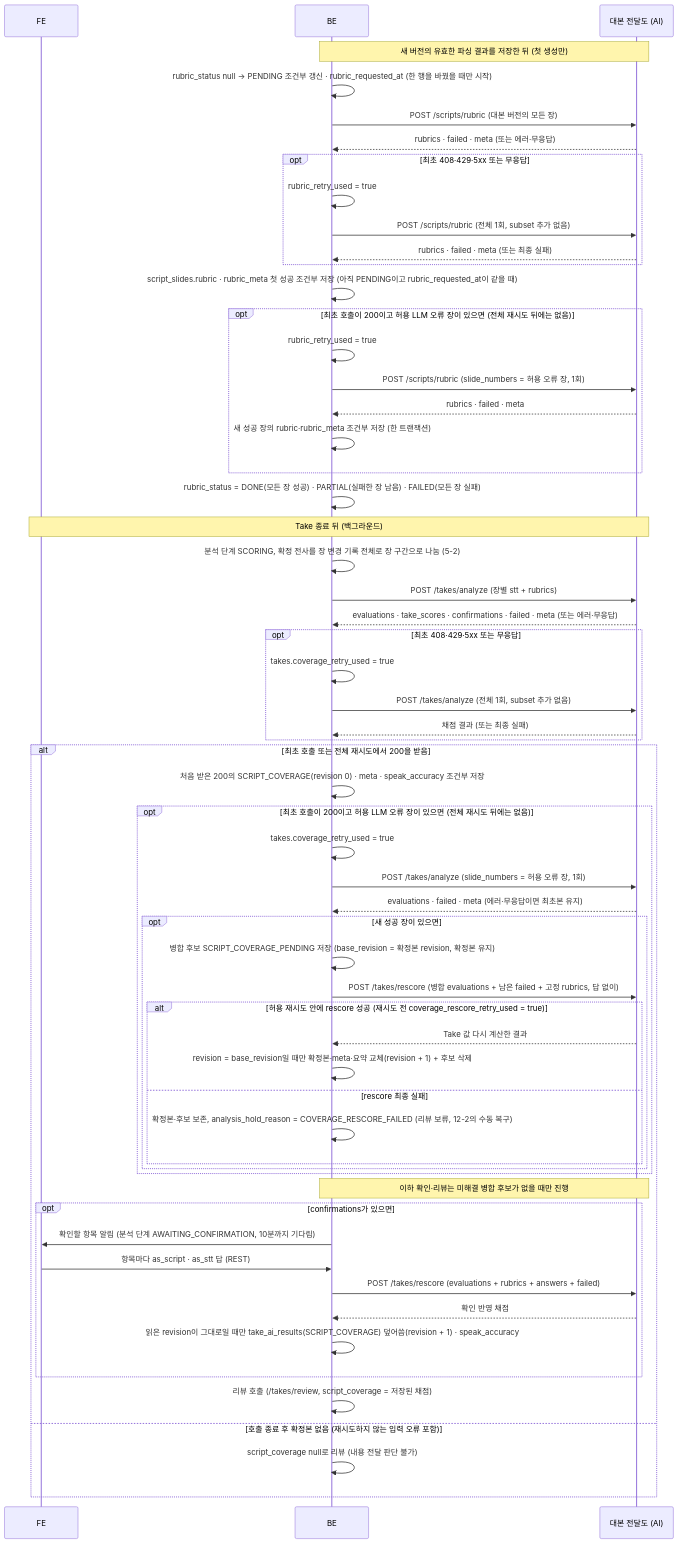
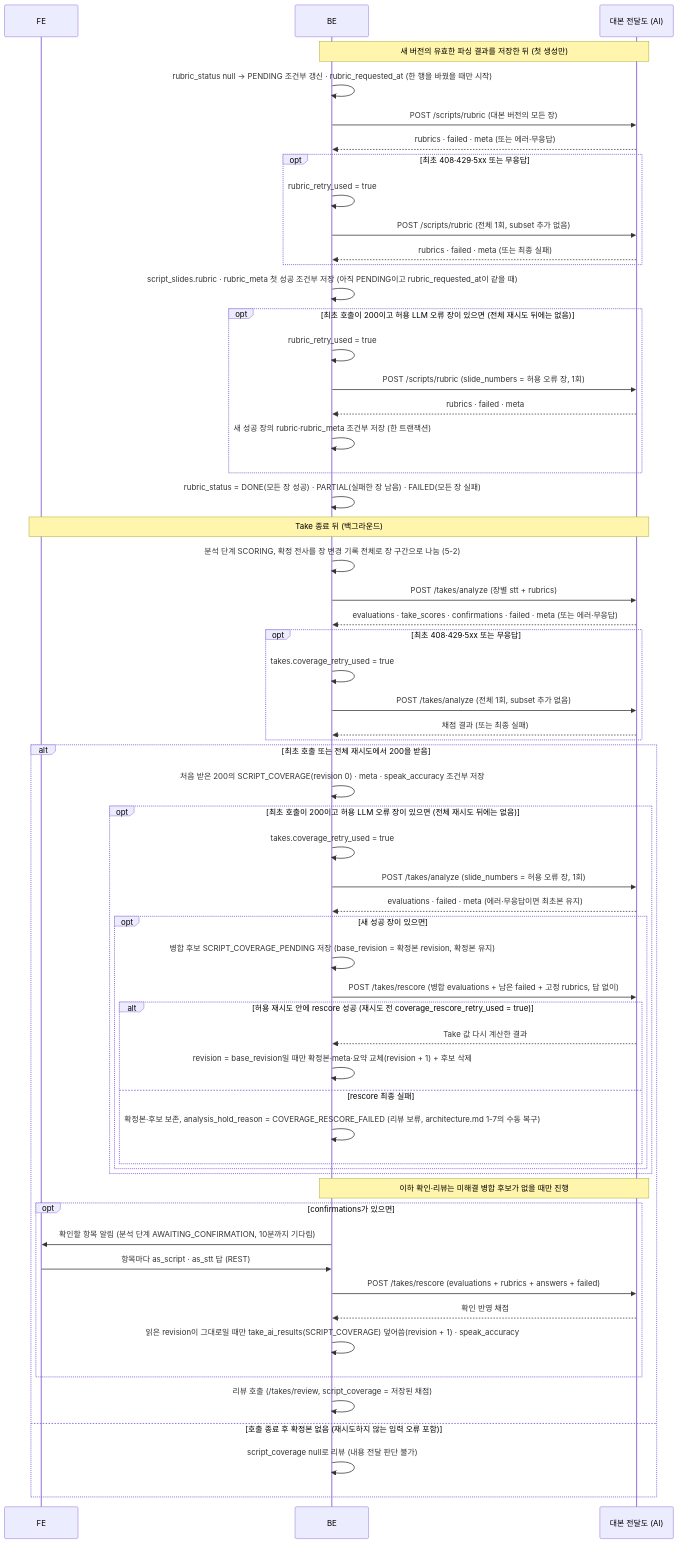
One commit to kakaotechcampus-4/ktc4-pusan-2 changed the second of 2 diagrams in docs/ai/features/script-coverage-evaluation.md. Above: the diagram before and after it, drawn with Mermaid. The commit also changed other lines of this file and 4 other files, not shown here.

````diff
--- a/docs/ai/features/script-coverage-evaluation.md
+++ b/docs/ai/features/script-coverage-evaluation.md
@@ -614,61 +614,61 @@
 ```mermaid
 sequenceDiagram
     participant FE
     participant BE
     participant A as 대본 전달도 (AI)
     Note over BE,A: 새 버전의 유효한 파싱 결과를 저장한 뒤 (첫 생성만)
     BE->>BE: rubric_status null → PENDING 조건부 갱신 · rubric_requested_at (한 행을 바꿨을 때만 시작)
     BE->>A: POST /scripts/rubric (대본 버전의 모든 장)
     A-->>BE: rubrics · failed · meta (또는 에러·무응답)
     opt 최초 408·429·5xx 또는 무응답
         BE->>BE: rubric_retry_used = true
         BE->>A: POST /scripts/rubric (전체 1회, subset 추가 없음)
         A-->>BE: rubrics · failed · meta (또는 최종 실패)
     end
     BE->>BE: script_slides.rubric · rubric_meta 첫 성공 조건부 저장 (아직 PENDING이고 rubric_requested_at이 같을 때)
     opt 최초 호출이 200이고 허용 LLM 오류 장이 있으면 (전체 재시도 뒤에는 없음)
         BE->>BE: rubric_retry_used = true
         BE->>A: POST /scripts/rubric (slide_numbers = 허용 오류 장, 1회)
         A-->>BE: rubrics · failed · meta
         BE->>BE: 새 성공 장의 rubric·rubric_meta 조건부 저장 (한 트랜잭션)
     end
     BE->>BE: rubric_status = DONE(모든 장 성공) · PARTIAL(실패한 장 남음) · FAILED(모든 장 실패)
     Note over FE,A: Take 종료 뒤 (백그라운드)
     BE->>BE: 분석 단계 SCORING, 확정 전사를 장 변경 기록 전체로 장 구간으로 나눔 (5-2)
     BE->>A: POST /takes/analyze (장별 stt + rubrics)
     A-->>BE: evaluations · take_scores · confirmations · failed · meta (또는 에러·무응답)
     opt 최초 408·429·5xx 또는 무응답
         BE->>BE: takes.coverage_retry_used = true
         BE->>A: POST /takes/analyze (전체 1회, subset 추가 없음)
         A-->>BE: 채점 결과 (또는 최종 실패)
     end
     alt 최초 호출 또는 전체 재시도에서 200을 받음
     BE->>BE: 처음 받은 200의 SCRIPT_COVERAGE(revision 0) · meta · speak_accuracy 조건부 저장
     opt 최초 호출이 200이고 허용 LLM 오류 장이 있으면 (전체 재시도 뒤에는 없음)
         BE->>BE: takes.coverage_retry_used = true
         BE->>A: POST /takes/analyze (slide_numbers = 허용 오류 장, 1회)
         A-->>BE: evaluations · failed · meta (에러·무응답이면 최초본 유지)
         opt 새 성공 장이 있으면
             BE->>BE: 병합 후보 SCRIPT_COVERAGE_PENDING 저장 (base_revision = 확정본 revision, 확정본 유지)
             BE->>A: POST /takes/rescore (병합 evaluations + 남은 failed + 고정 rubrics, 답 없이)
             alt 허용 재시도 안에 rescore 성공 (재시도 전 coverage_rescore_retry_used = true)
                 A-->>BE: Take 값 다시 계산한 결과
                 BE->>BE: revision = base_revision일 때만 확정본·meta·요약 교체(revision + 1) + 후보 삭제
             else rescore 최종 실패
-                BE->>BE: 확정본·후보 보존, analysis_hold_reason = COVERAGE_RESCORE_FAILED (리뷰 보류, 12-2의 수동 복구)
+                BE->>BE: 확정본·후보 보존, analysis_hold_reason = COVERAGE_RESCORE_FAILED (리뷰 보류, architecture.md 1-7의 수동 복구)
             end
         end
     end
     Note over BE,A: 이하 확인·리뷰는 미해결 병합 후보가 없을 때만 진행
     opt confirmations가 있으면
         BE->>FE: 확인할 항목 알림 (분석 단계 AWAITING_CONFIRMATION, 10분까지 기다림)
         FE->>BE: 항목마다 as_script · as_stt 답 (REST)
         BE->>A: POST /takes/rescore (evaluations + rubrics + answers + failed)
         A-->>BE: 확인 반영 채점
         BE->>BE: 읽은 revision이 그대로일 때만 take_ai_results(SCRIPT_COVERAGE) 덮어씀(revision + 1) · speak_accuracy
     end
     BE->>BE: 리뷰 호출 (/takes/review, script_coverage = 저장된 채점)
     else 호출 종료 후 확정본 없음 (재시도하지 않는 입력 오류 포함)
         BE->>BE: script_coverage null로 리뷰 (내용 전달 판단 불가)
     end
 ```
````
